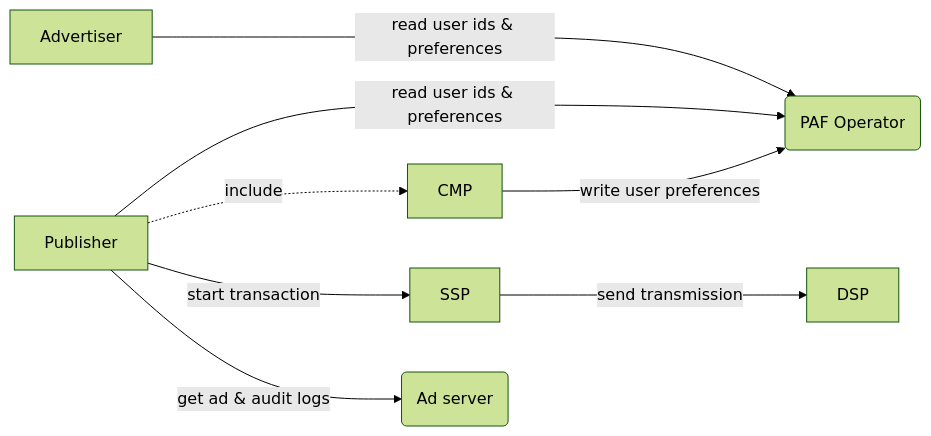
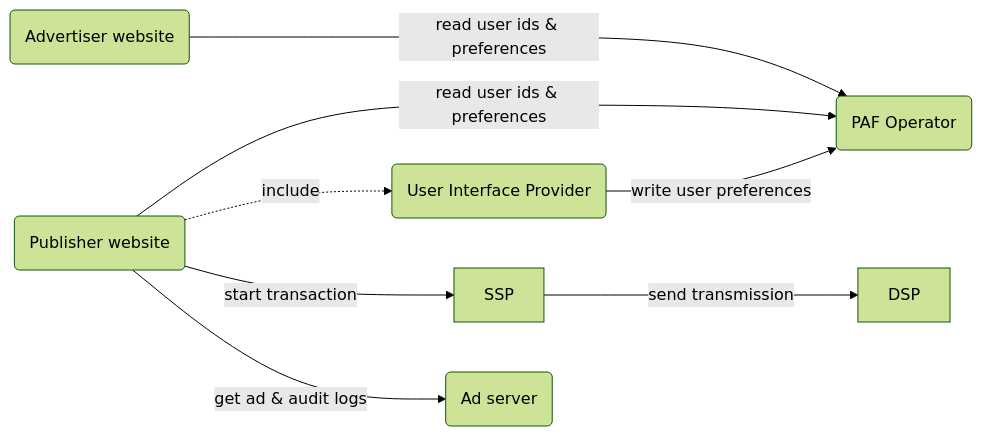
One commit to OneKey-Network/addressability-framework changed the diagram in mvp-spec/README.md. Above: the diagram before and after it, drawn with Mermaid (forest theme). The commit also changed other lines of this file, not shown here.

Commit message:
Rename PAF "nodes" and remove reference to CMP (=> UI provider)

````diff
--- a/mvp-spec/README.md
+++ b/mvp-spec/README.md
@@ -27,27 +27,29 @@
 ```mermaid
 flowchart LR
     
     O(PAF Operator)
     click O href "#operator" "Operator API"
     
     Ad(Ad server)
     click Ad href "#ad-server" "Ad server"
     
+    Advertiser("Advertiser website")
     Advertiser --->|read user ids & preferences| O
     click Advertiser href "#advertiser" "Advertiser"
+    
+    Publisher("Publisher website")
     
     Publisher -->|read user ids & preferences| O
     click Publisher href "#publisher" "Publisher"
     
-    Publisher -.->|include| CMP
+    Publisher -.->|include| UI
     Publisher -- start transaction --> SSP
     Publisher -- get ad & audit logs --> Ad
     
     SSP -- send transmission --> DSP
     click SSP href "#ssp-supply-side-platform" "SSP"
     click DSP href "#dsp-demand-side-platform" "DSP"
     
-    CMP -->|write user preferences| O
-    click CMP href "#cmp-consent-management-platform" "CMP"
-
+    UI("User Interface Provider") -->|write user preferences| O
+    click UI href "#user-interface-provider" "UI provider"
 ```
````
